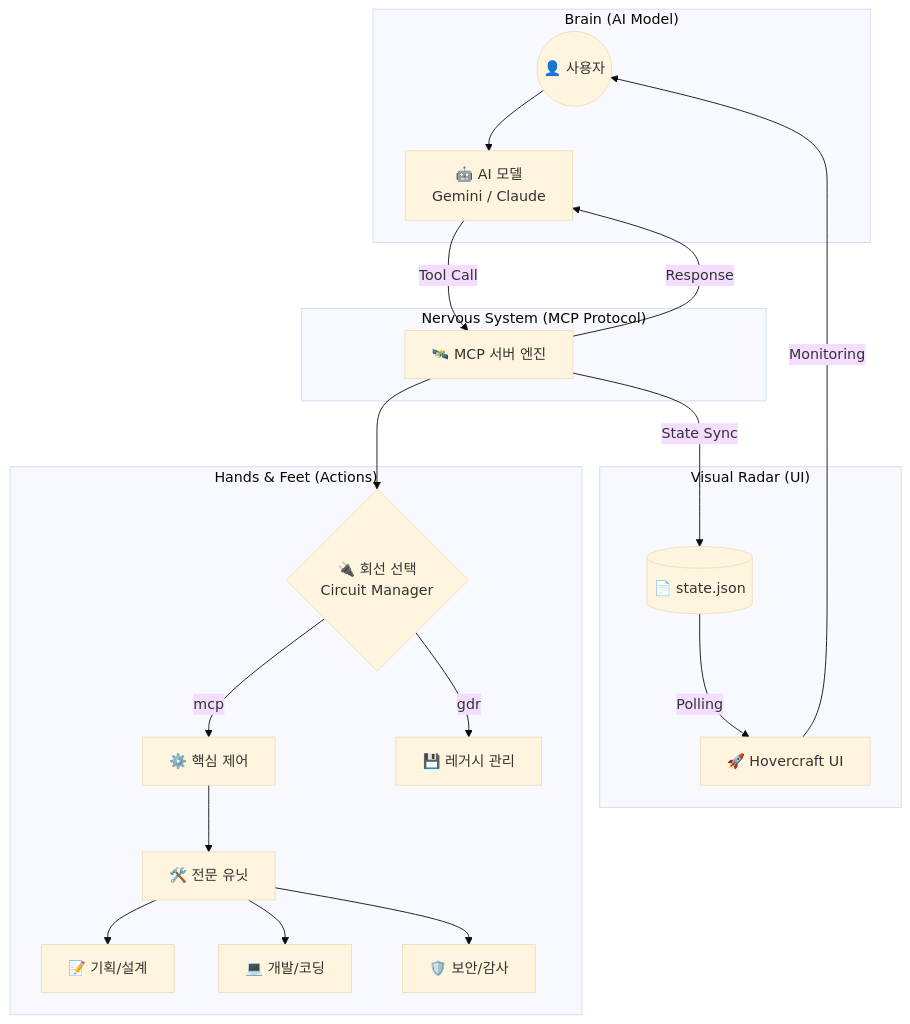
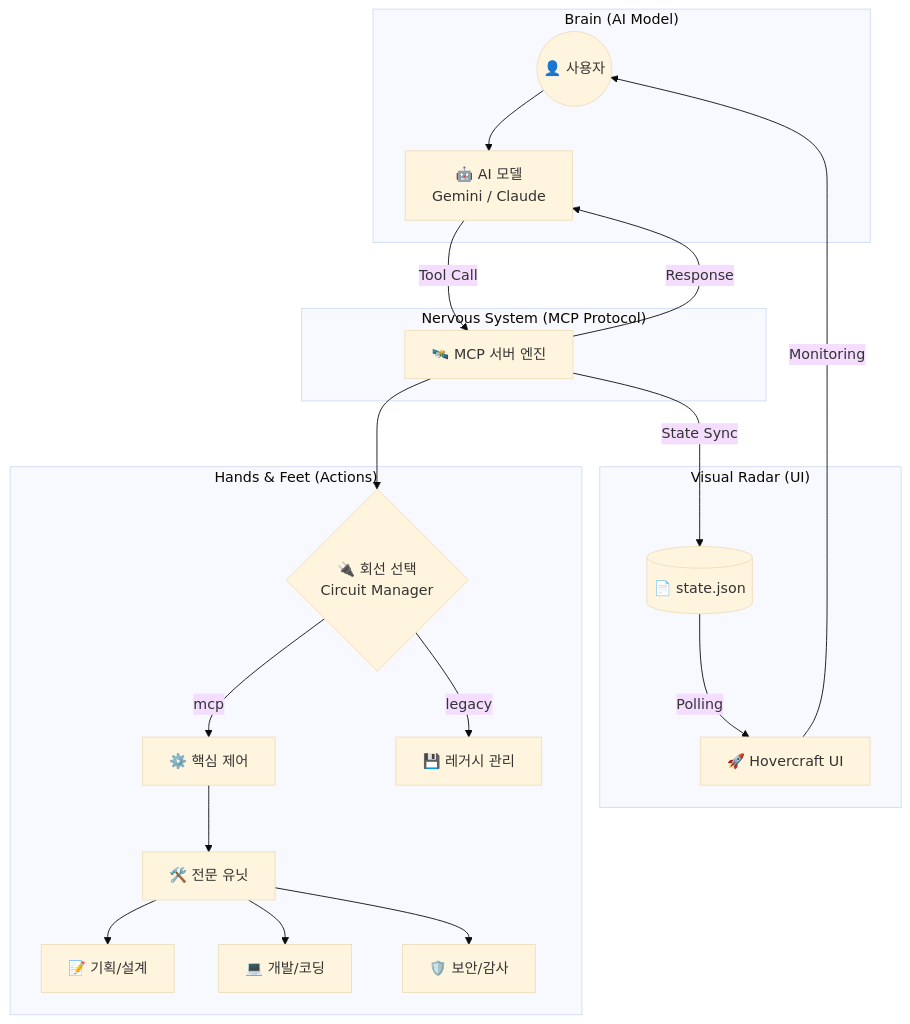
Before and after one commit to silexKhan/Operator: the diagram in docs/MCP_CONCEPT_GUIDE.md, drawn with Mermaid (base theme). The commit also changed other lines of this file and 44 other files, not shown here.

````diff
--- a/docs/MCP_CONCEPT_GUIDE.md
+++ b/docs/MCP_CONCEPT_GUIDE.md
@@ -22,28 +22,28 @@
 ```mermaid
 graph TD
     subgraph "Brain (AI Model)"
         User((👤 사용자)) --> AI[🤖 AI 모델<br/>Gemini / Claude]
     end
 
     subgraph "Nervous System (MCP Protocol)"
         AI -->|Tool Call| MCPServer[🛰️ MCP 서버 엔진]
         MCPServer -->|Response| AI
     end
 
     subgraph "Hands & Feet (Actions)"
         MCPServer --> Circuits{🔌 회선 선택<br/>Circuit Manager}
         Circuits -->|mcp| Core[⚙️ 핵심 제어]
-        Circuits -->|gdr| Legacy[💾 레거시 관리]
+        Circuits -->|legacy| Legacy[💾 레거시 관리]
         
         Core --> Units[🛠️ 전문 유닛]
         Units --> P[📝 기획/설계]
         Units --> D[💻 개발/코딩]
         Units --> S[🛡️ 보안/감사]
     end
 
     subgraph "Visual Radar (UI)"
         MCPServer -->|State Sync| StateFile[(📄 state.json)]
         StateFile -->|Polling| UI[🚀 Hovercraft UI]
         UI -->|Monitoring| User
     end
 ```
````
